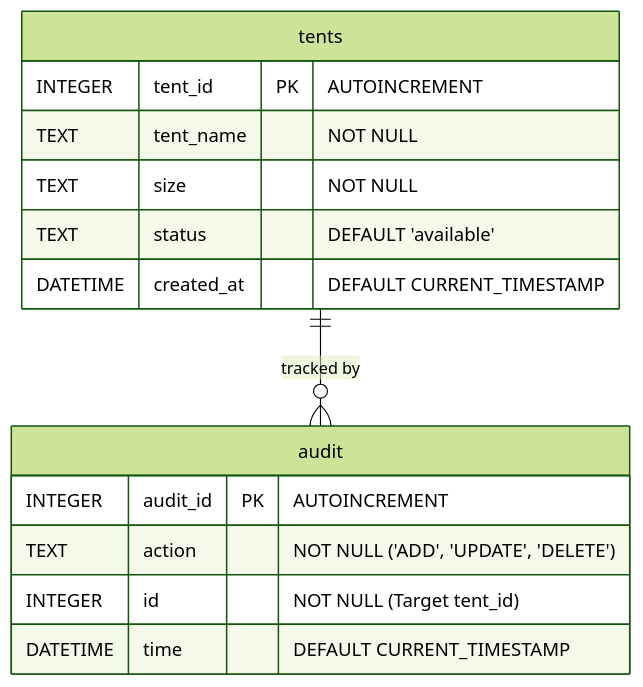
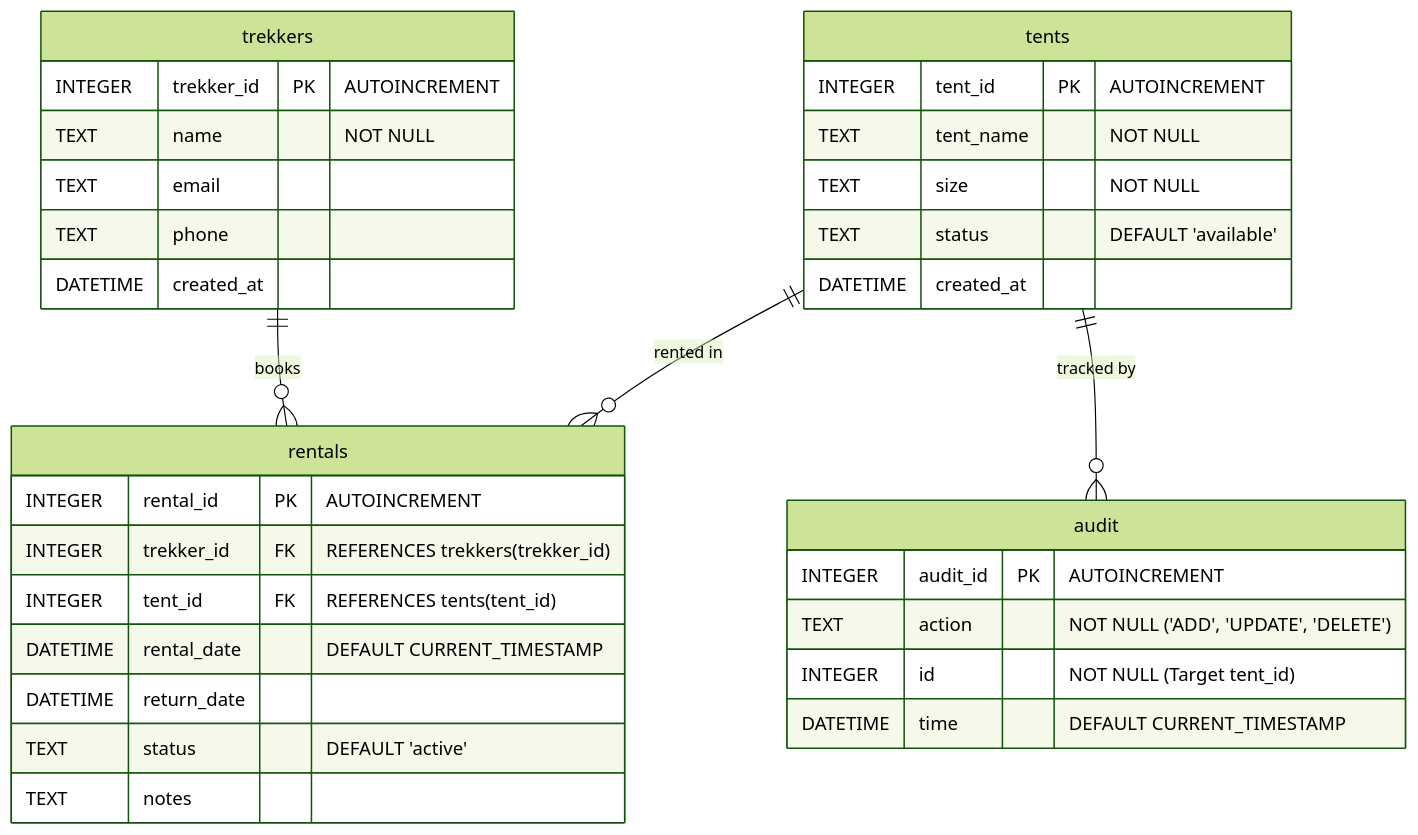
One commit to tangiralarohithreddy17-oss/trekgear-hub changed the diagram in README.md. Above: the diagram before and after it, drawn with Mermaid (forest theme). The commit also changed other lines of this file and 12 other files, not shown here.

Commit message:
Implement Member 1 & 3 modules: /trekkers, /rentals join endpoint, tents query filtering, and update test suite

````diff
--- a/README.md
+++ b/README.md
@@ -120,19 +138,39 @@
 ```mermaid
 erDiagram
+    trekkers ||--o{ rentals : "books"
+    tents ||--o{ rentals : "rented in"
+    tents ||--o{ audit : "tracked by"
+
+    trekkers {
+        INTEGER trekker_id PK "AUTOINCREMENT"
+        TEXT name "NOT NULL"
+        TEXT email
+        TEXT phone
+        DATETIME created_at
+    }
+
     tents {
         INTEGER tent_id PK "AUTOINCREMENT"
         TEXT tent_name "NOT NULL"
         TEXT size "NOT NULL"
         TEXT status "DEFAULT 'available'"
-        DATETIME created_at "DEFAULT CURRENT_TIMESTAMP"
+        DATETIME created_at
+    }
+
+    rentals {
+        INTEGER rental_id PK "AUTOINCREMENT"
+        INTEGER trekker_id FK "REFERENCES trekkers(trekker_id)"
+        INTEGER tent_id FK "REFERENCES tents(tent_id)"
+        DATETIME rental_date "DEFAULT CURRENT_TIMESTAMP"
+        DATETIME return_date
+        TEXT status "DEFAULT 'active'"
+        TEXT notes
     }
 
     audit {
         INTEGER audit_id PK "AUTOINCREMENT"
         TEXT action "NOT NULL ('ADD', 'UPDATE', 'DELETE')"
         INTEGER id "NOT NULL (Target tent_id)"
         DATETIME time "DEFAULT CURRENT_TIMESTAMP"
     }
-
-    tents ||--o{ audit : "tracked by"
 ```
````
